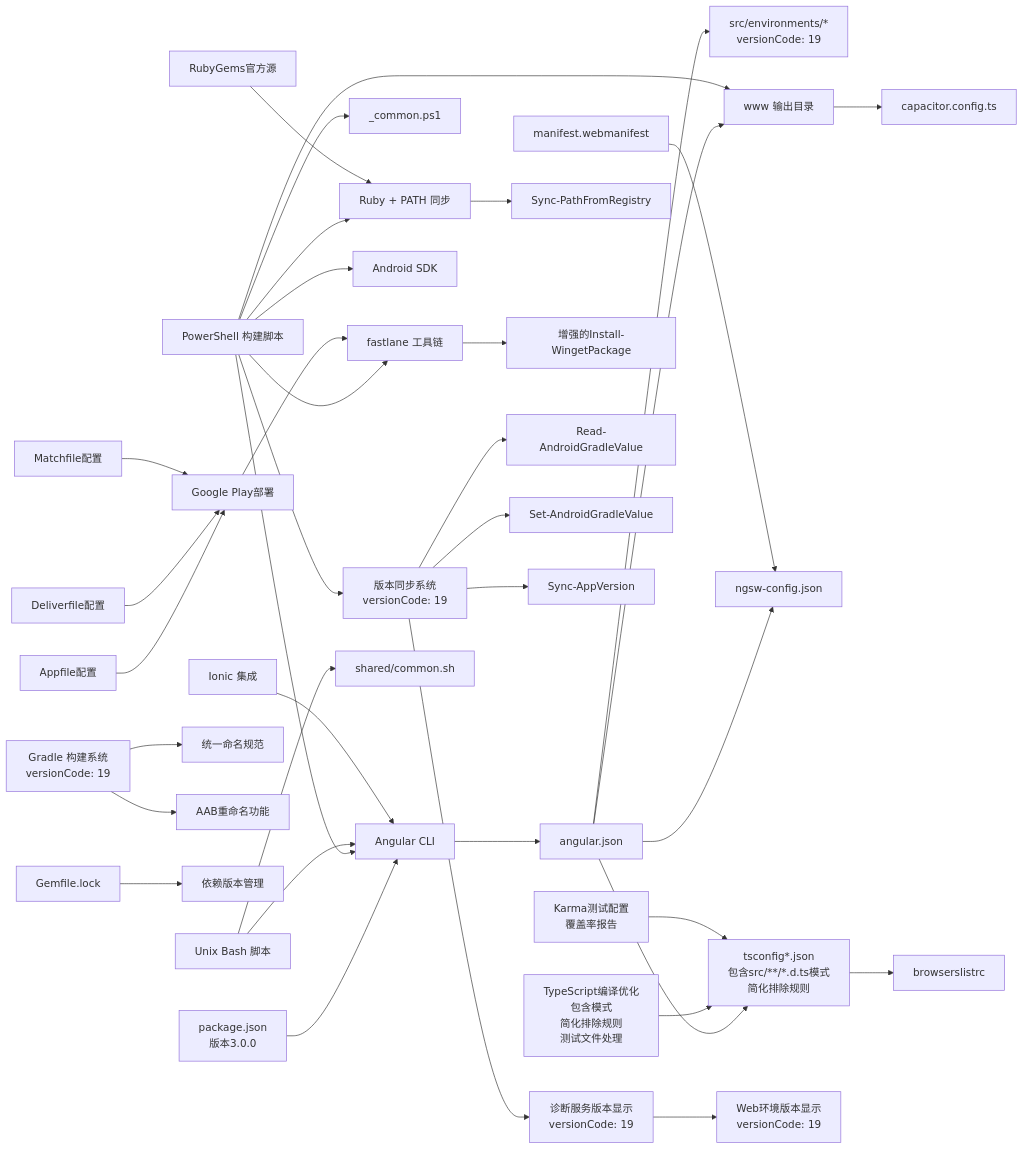
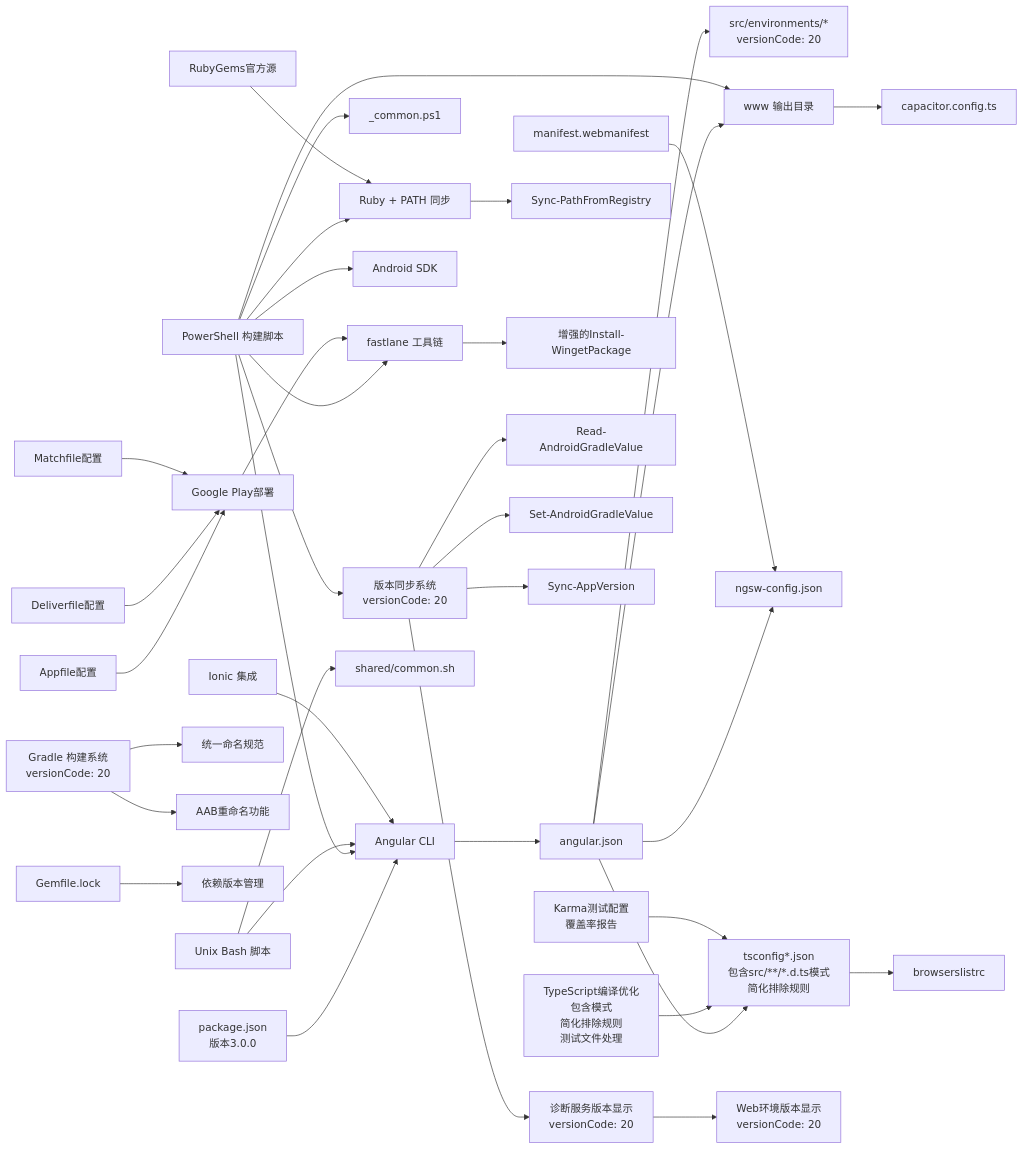
The sixth of 6 diagrams in .qoder/repowiki/zh/content/构建与部署/构建配置.md (tea4go/Macro-Deck-Client-App), drawn with Mermaid before and after one commit. The commit also changed other lines of this file and 55 other files, not shown here.

````diff
--- a/.qoder/repowiki/zh/content/构建与部署/构建配置.md
+++ b/.qoder/repowiki/zh/content/构建与部署/构建配置.md
@@ -1092,39 +1092,39 @@
 ```mermaid
 graph LR
 P["package.json<br/>版本3.0.0"] --> CLI["Angular CLI"]
 CLI --> CFG["angular.json"]
-CFG --> ENV["src/environments/*<br/>versionCode: 19"]
+CFG --> ENV["src/environments/*<br/>versionCode: 20"]
 CFG --> TS["tsconfig*.json<br/>包含src/**/*.d.ts模式<br/>简化排除规则"]
 TS --> BROWS["browserslistrc"]
 CFG --> SW["ngsw-config.json"]
 CFG --> WWW["www 输出目录"]
 WWW --> CAP["capacitor.config.ts"]
 PS["PowerShell 构建脚本"] --> CLI
 PS --> COMMON["_common.ps1"]
 PS --> WWW
 PS --> FASTLANE["fastlane 工具链"]
 PS --> ANDROID["Android SDK"]
 PS --> RUBY["Ruby + PATH 同步"]
-PS --> VERSIONSYNC["版本同步系统<br/>versionCode: 19"]
+PS --> VERSIONSYNC["版本同步系统<br/>versionCode: 20"]
 UNIX["Unix Bash 脚本"] --> COMMON2["shared/common.sh"]
 UNIX --> CLI
 MAN["manifest.webmanifest"] --> SW
 IONIC["Ionic 集成"] --> CLI
 RUBY --> SYNC["Sync-PathFromRegistry"]
 FASTLANE --> WINGET["增强的Install-WingetPackage"]
-GRADLE["Gradle 构建系统<br/>versionCode: 19"] --> NAMING["统一命名规范"]
+GRADLE["Gradle 构建系统<br/>versionCode: 20"] --> NAMING["统一命名规范"]
 GRADLE --> AABRENAME["AAB重命名功能"]
 GEMLOCK["Gemfile.lock"] --> DEPS["依赖版本管理"]
 PLAYSTORE["Google Play部署"] --> FASTLANE
 APPFILE["Appfile配置"] --> PLAYSTORE
 DELIVER["Deliverfile配置"] --> PLAYSTORE
 MATCH["Matchfile配置"] --> PLAYSTORE
 RUBYGEMS["RubyGems官方源"] --> RUBY
 VERSIONSYNC --> READGRADLE["Read-AndroidGradleValue"]
 VERSIONSYNC --> SETGRADLE["Set-AndroidGradleValue"]
 VERSIONSYNC --> SYNCAPP["Sync-AppVersion"]
-VERSIONSYNC --> DIAGNOSTIC["诊断服务版本显示<br/>versionCode: 19"]
-DIAGNOSTIC --> WEBENV["Web环境版本显示<br/>versionCode: 19"]
+VERSIONSYNC --> DIAGNOSTIC["诊断服务版本显示<br/>versionCode: 20"]
+DIAGNOSTIC --> WEBENV["Web环境版本显示<br/>versionCode: 20"]
 TSOPTIMIZATION["TypeScript编译优化<br/>包含模式<br/>简化排除规则<br/>测试文件处理"] --> TS
 KARMA["Karma测试配置<br/>覆盖率报告"] --> TS
 ```
````
